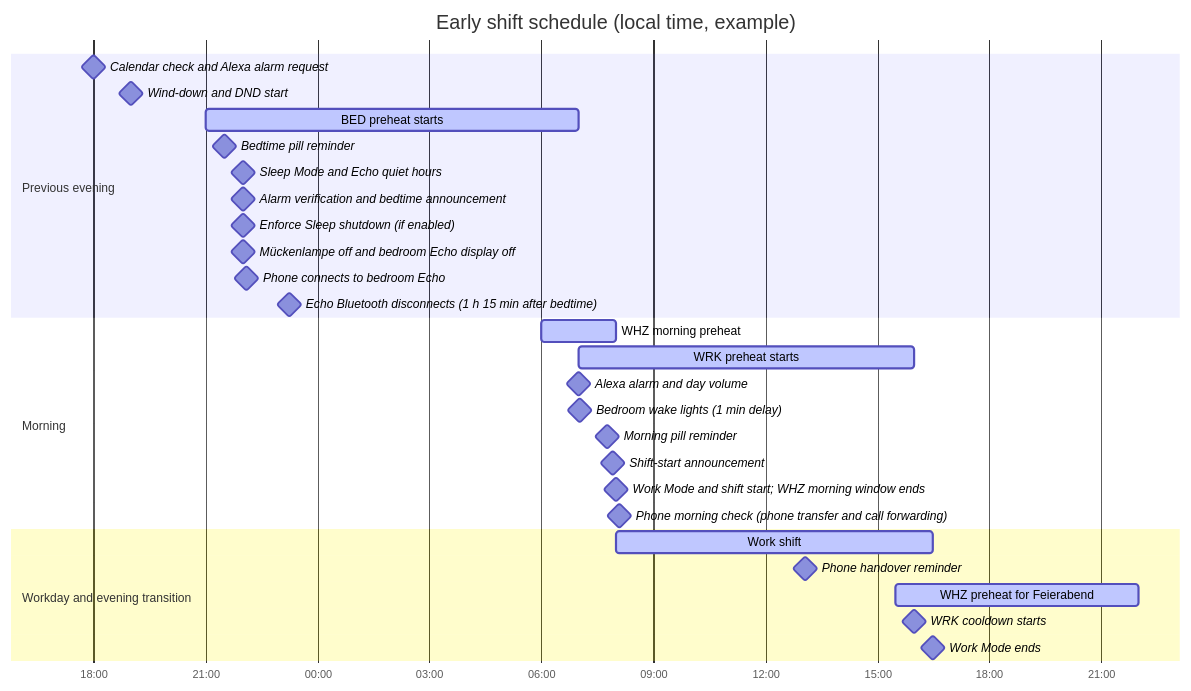
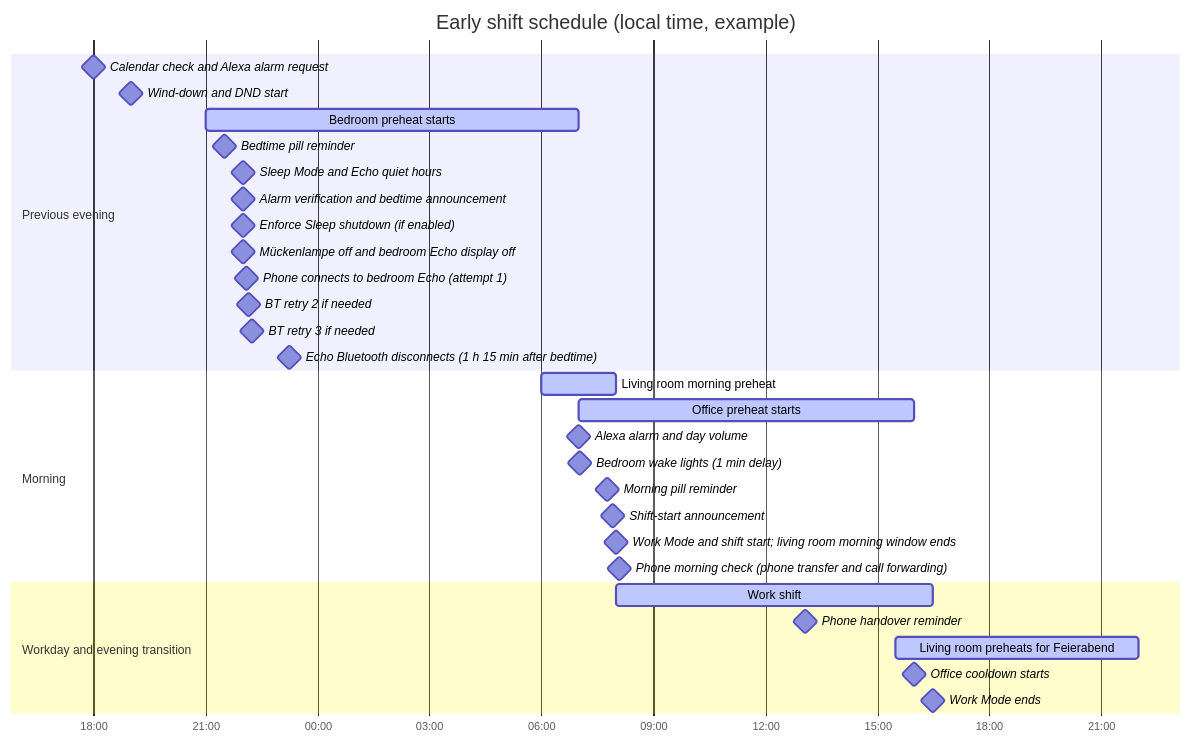
The third of 3 diagrams in README.md (theniwo/homeassistant), drawn with Mermaid before and after one commit. The commit also changed other lines of this file and 5 other files, not shown here.

Commit message:
✨ feat(homeassistant): retry Echo Bluetooth and simplify room labels

````diff
--- a/README.md
+++ b/README.md
@@ -187,32 +190,34 @@
 ```mermaid
 gantt
     title Early shift schedule (local time, example)
     dateFormat YYYY-MM-DD HH:mm
     axisFormat %H:%M
     section Previous evening
     Calendar check and Alexa alarm request :milestone, 2026-10-27 18:00, 0m
     Wind-down and DND start :milestone, 2026-10-27 19:00, 0m
-    BED preheat starts :active, 2026-10-27 21:00, 600m
+    Bedroom preheat starts :active, 2026-10-27 21:00, 600m
     Bedtime pill reminder :milestone, 2026-10-27 21:30, 0m
     Sleep Mode and Echo quiet hours :milestone, 2026-10-27 22:00, 0m
     Alarm verification and bedtime announcement :milestone, 2026-10-27 22:00, 0m
     Enforce Sleep shutdown (if enabled) :milestone, 2026-10-27 22:00, 0m
     Mückenlampe off and bedroom Echo display off :milestone, 2026-10-27 22:00, 0m
-    Phone connects to bedroom Echo :milestone, 2026-10-27 22:05, 0m
+    Phone connects to bedroom Echo (attempt 1) :milestone, 2026-10-27 22:05, 0m
+    BT retry 2 if needed :milestone, 2026-10-27 22:10, 0m
+    BT retry 3 if needed :milestone, 2026-10-27 22:15, 0m
     Echo Bluetooth disconnects (1 h 15 min after bedtime) :milestone, 2026-10-27 23:15, 0m
     section Morning
-    WHZ morning preheat :active, 2026-10-28 06:00, 120m
-    WRK preheat starts :active, 2026-10-28 07:00, 540m
+    Living room morning preheat :active, 2026-10-28 06:00, 120m
+    Office preheat starts :active, 2026-10-28 07:00, 540m
     Alexa alarm and day volume :milestone, 2026-10-28 07:00, 0m
     Bedroom wake lights (1 min delay) :milestone, 2026-10-28 07:01, 0m
     Morning pill reminder :milestone, 2026-10-28 07:45, 0m
     Shift-start announcement :milestone, 2026-10-28 07:55, 0m
-    Work Mode and shift start; WHZ morning window ends :milestone, 2026-10-28 08:00, 0m
+    Work Mode and shift start; living room morning window ends :milestone, 2026-10-28 08:00, 0m
     Phone morning check (phone transfer and call forwarding) :milestone, 2026-10-28 08:05, 0m
     section Workday and evening transition
     Work shift :active, 2026-10-28 08:00, 510m
     Phone handover reminder :milestone, 2026-10-28 13:05, 0m
-    WHZ preheat for Feierabend :active, 2026-10-28 15:30, 390m
-    WRK cooldown starts :milestone, 2026-10-28 16:00, 0m
+    Living room preheats for Feierabend :active, 2026-10-28 15:30, 390m
+    Office cooldown starts :milestone, 2026-10-28 16:00, 0m
     Work Mode ends :milestone, 2026-10-28 16:30, 0m
 ```
````
